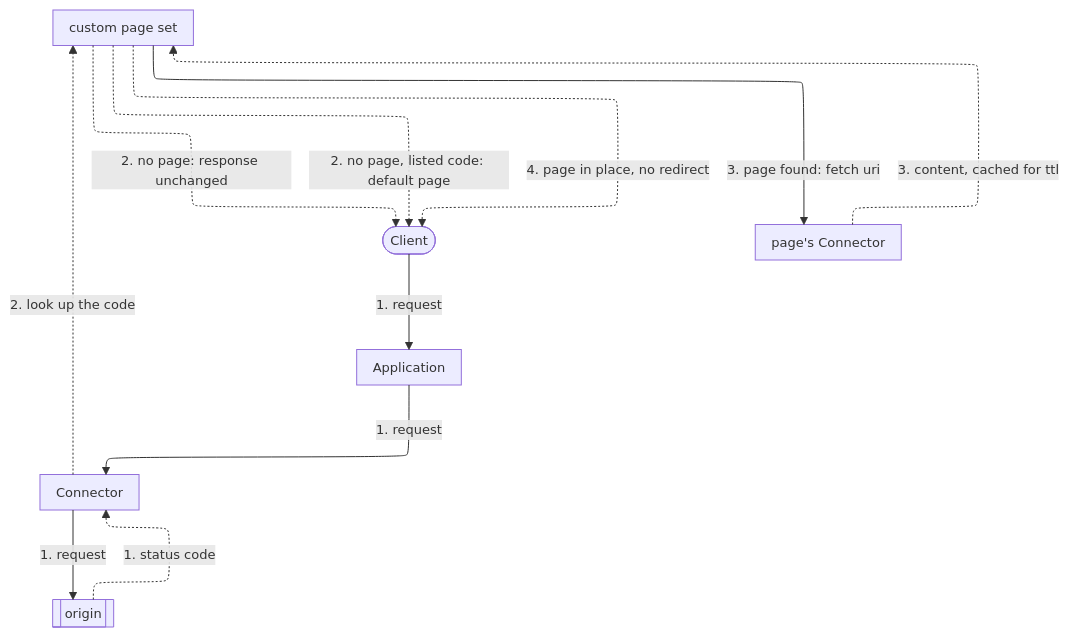
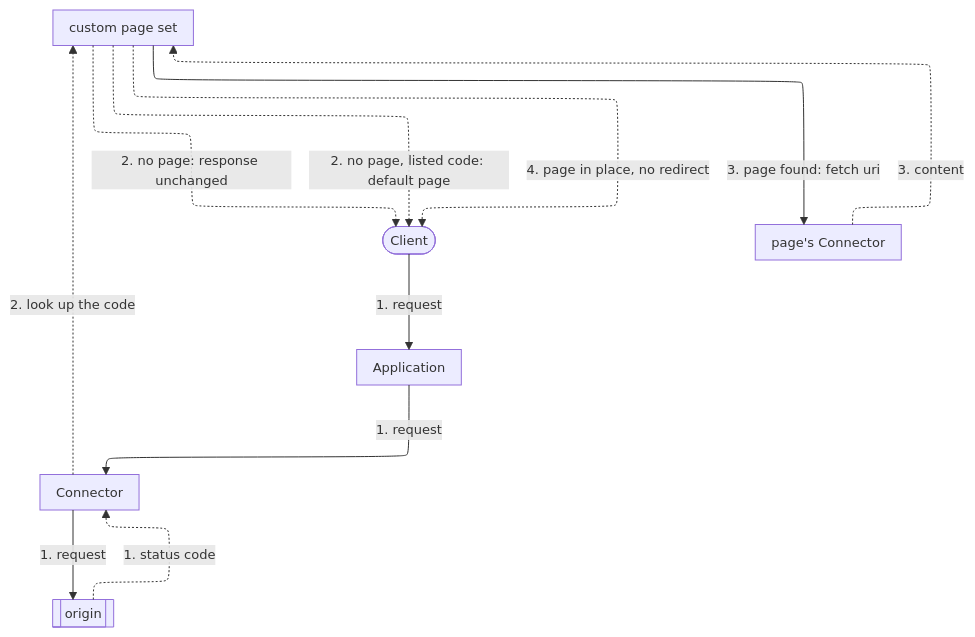
One commit to aziontech/docs changed the fourth of 5 diagrams in apps/docs/src/content/docs/en/pages/secure/workloads/how-it-works.mdx. Above: the diagram before and after it, drawn with Mermaid. The commit also changed other lines of this file and 19 other files, not shown here.

````diff
--- a/apps/docs/src/content/docs/en/pages/secure/workloads/how-it-works.mdx
+++ b/apps/docs/src/content/docs/en/pages/secure/workloads/how-it-works.mdx
@@ -252,20 +252,20 @@
 ```mermaid
 %%{init: {"layout": "elk", "elk": {"preset": "modelOrder", "keepEntryNodeOnTop": true}, "themeVariables": {"fontSize": "13px"}, "flowchart": {"nodeSpacing": 24, "rankSpacing": 36, "padding": 8, "wrappingWidth": 150, "useMaxWidth": true}, "sequence": {"width": 120, "actorMargin": 30, "useMaxWidth": true}}}%%
 flowchart TD
   Client(["Client"])
   App["Application"]
   Conn["Connector"]
   Origin[["origin"]]
   Set["custom page set"]
   PConn["page's Connector"]
   Client -->|"1. request"| App
   App -->|"1. request"| Conn
   Conn -->|"1. request"| Origin
   Origin -.->|"1. status code"| Conn
   Conn -.->|"2. look up the code"| Set
   Set -.->|"2. no page: response unchanged"| Client
   Set -.->|"2. no page, listed code: default page"| Client
   Set -->|"3. page found: fetch uri"| PConn
-  PConn -.->|"3. content, cached for ttl"| Set
+  PConn -.->|"3. content"| Set
   Set -.->|"4. page in place, no redirect"| Client
 ```
````
